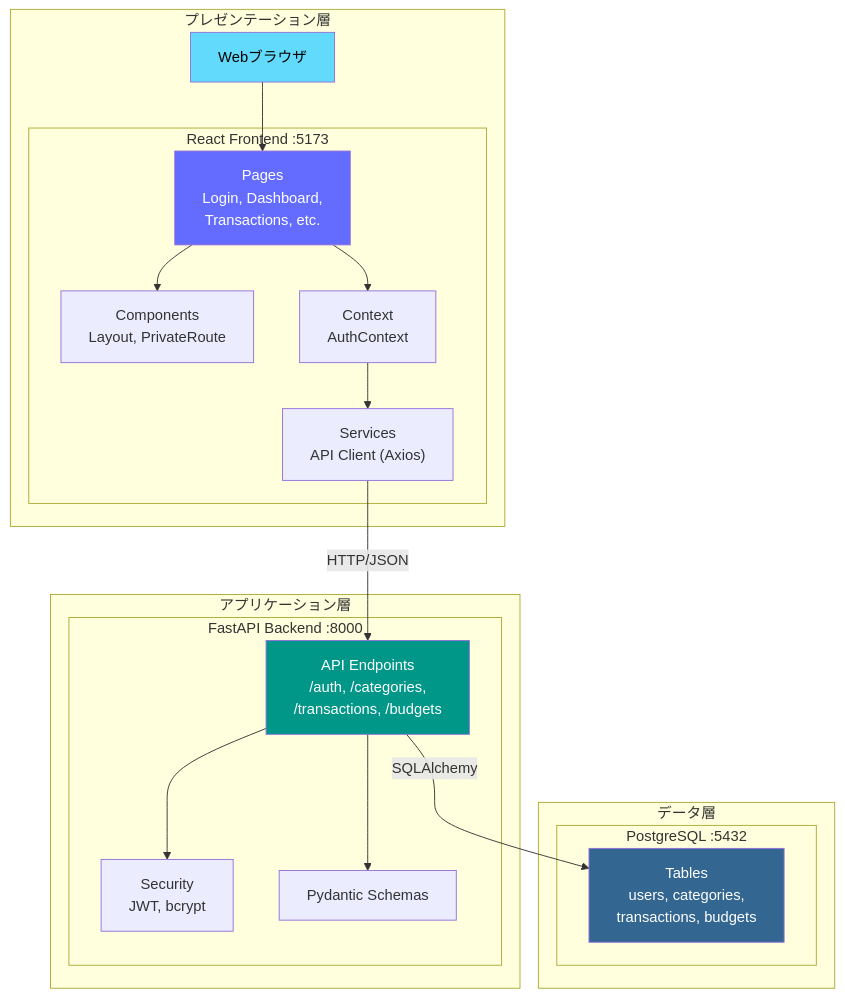
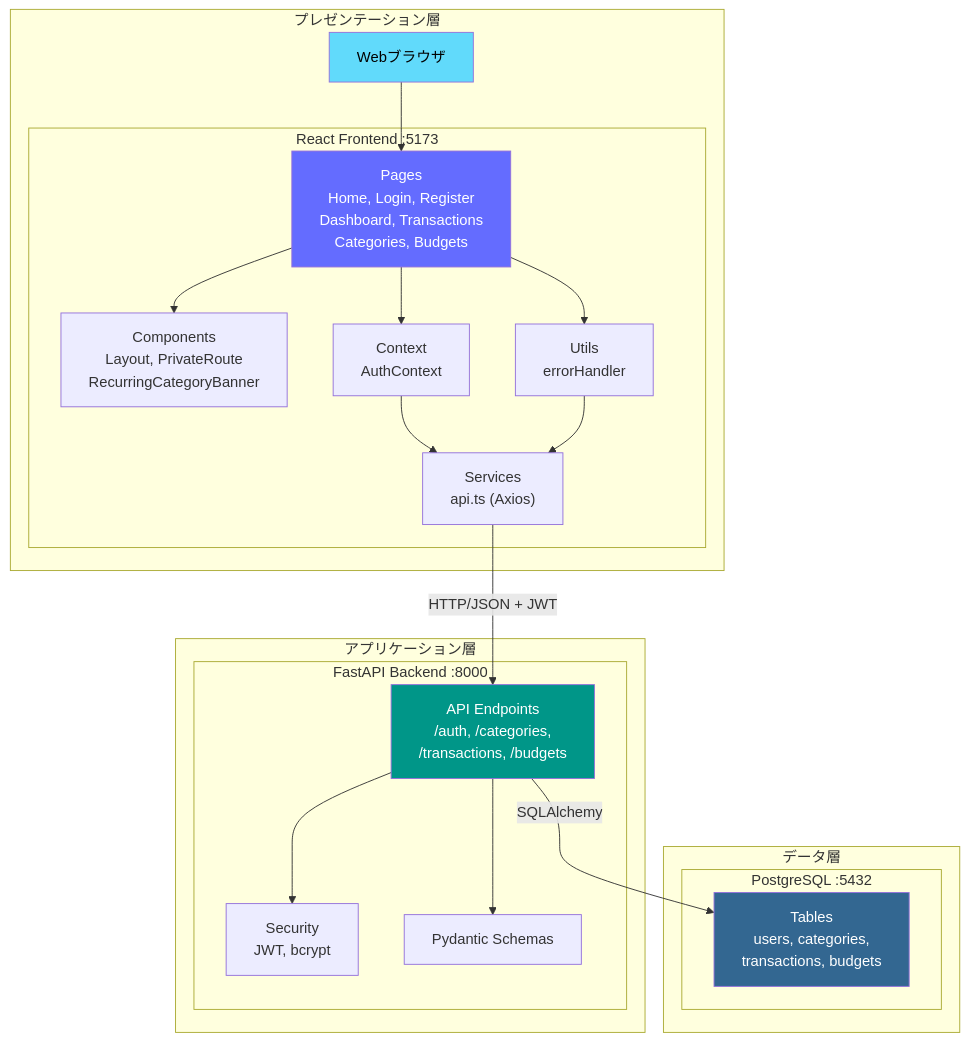
One commit to satsuma-ken/kakeibon changed the second of 9 diagrams in 01_設計資料/ARCHITECTURE.md. Above: the diagram before and after it, drawn with Mermaid. The commit also changed other lines of this file and 4 other files, not shown here.

````diff
--- a/01_設計資料/ARCHITECTURE.md
+++ b/01_設計資料/ARCHITECTURE.md
@@ -37,40 +58,43 @@
 ```mermaid
 graph TB
     subgraph "プレゼンテーション層"
         Browser["Webブラウザ"]
         subgraph "React Frontend :5173"
-            Pages["Pages<br/>Login, Dashboard,<br/>Transactions, etc."]
-            Components["Components<br/>Layout, PrivateRoute"]
+            Pages["Pages<br/>Home, Login, Register<br/>Dashboard, Transactions<br/>Categories, Budgets"]
+            Components["Components<br/>Layout, PrivateRoute<br/>RecurringCategoryBanner"]
             Context["Context<br/>AuthContext"]
-            Services["Services<br/>API Client (Axios)"]
+            Services["Services<br/>api.ts (Axios)"]
+            Utils["Utils<br/>errorHandler"]
         end
     end
 
     subgraph "アプリケーション層"
         subgraph "FastAPI Backend :8000"
             API["API Endpoints<br/>/auth, /categories,<br/>/transactions, /budgets"]
             Security["Security<br/>JWT, bcrypt"]
             Schemas["Pydantic Schemas"]
         end
     end
 
     subgraph "データ層"
         subgraph "PostgreSQL :5432"
             Tables["Tables<br/>users, categories,<br/>transactions, budgets"]
         end
     end
 
     Browser --> Pages
     Pages --> Components
     Pages --> Context
+    Pages --> Utils
     Context --> Services
-    Services -->|HTTP/JSON| API
+    Utils --> Services
+    Services -->|HTTP/JSON + JWT| API
     API --> Security
     API --> Schemas
     API -->|SQLAlchemy| Tables
 
     style Browser fill:#61DAFB,color:#000
     style Pages fill:#646CFF,color:#fff
     style API fill:#009688,color:#fff
     style Tables fill:#336791,color:#fff
 ```
````
